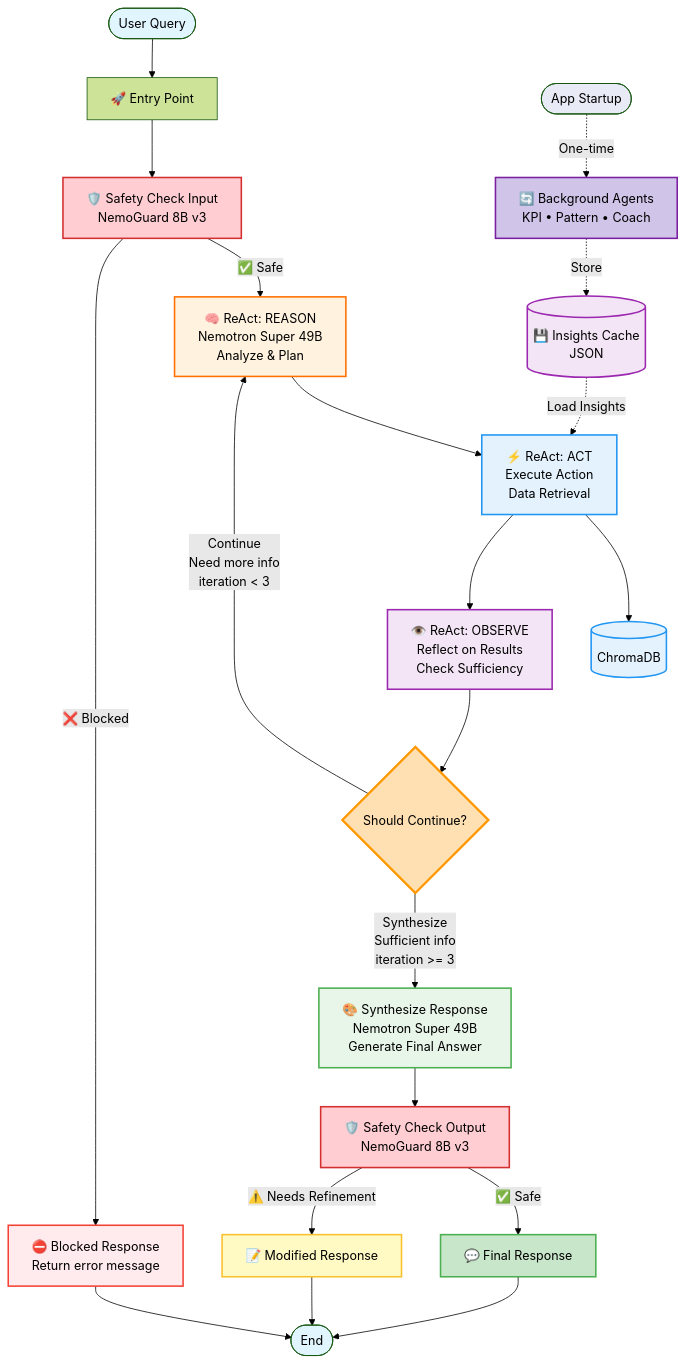
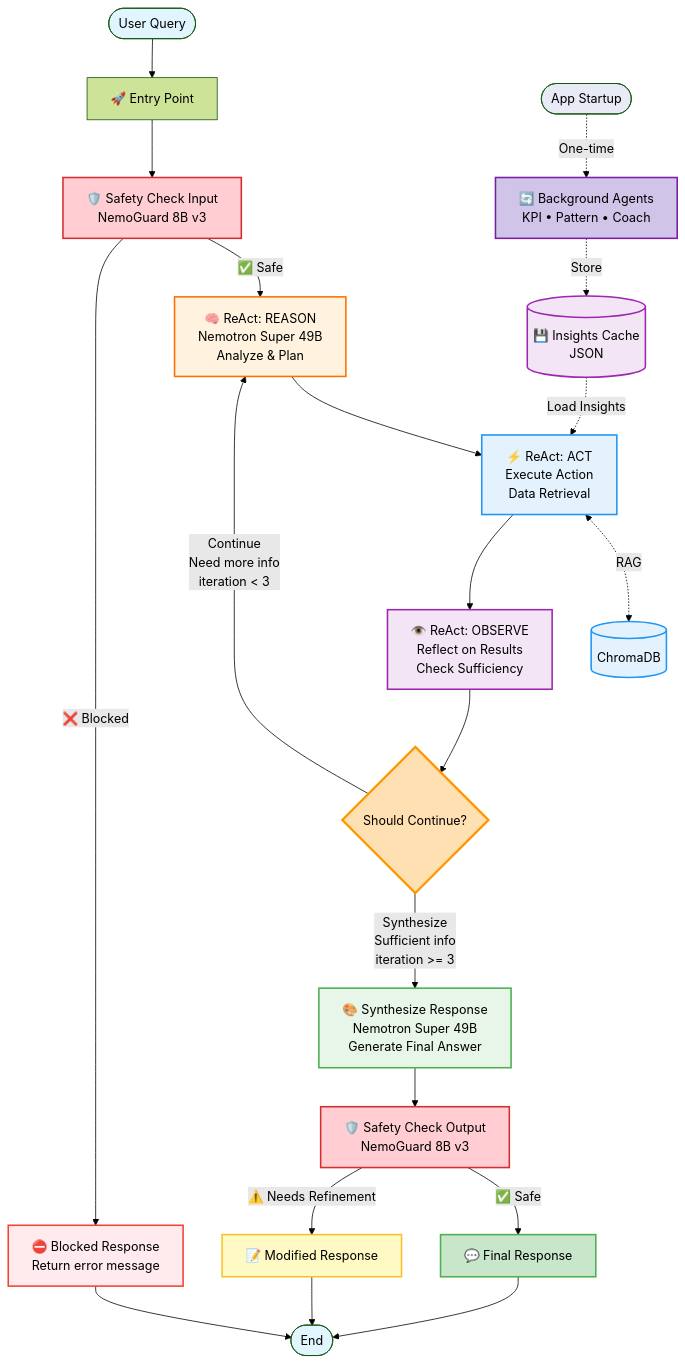
One commit to sumedhkhodke/hackathon-nvidia-gtc-25 changed the diagram in docs/langgraph-agent-diagram.md. Above: the diagram before and after it, drawn with Mermaid (forest theme).

````diff
--- a/docs/langgraph-agent-diagram.md
+++ b/docs/langgraph-agent-diagram.md
@@ -8,54 +8,54 @@
 ```mermaid
 graph TD
     Start([User Query]) --> Entry[🚀 Entry Point]
     Entry --> SafetyIn[🛡️ Safety Check Input<br/>NemoGuard 8B v3]
     
     %% Background Agents (run at startup)
     AppStart([App Startup]) -.->|One-time| BgAgents[🔄 Background Agents<br/>KPI • Pattern • Coach]
     BgAgents -.->|Store| Cache[(💾 Insights Cache<br/>JSON)]
     
     %% Safety check branches
     SafetyIn -->|✅ Safe| ReActReason
     SafetyIn -->|❌ Blocked| BlockedResponse[⛔ Blocked Response<br/>Return error message]
     BlockedResponse --> End([End])
     
     %% ReAct Loop
     ReActReason[🧠 ReAct: REASON<br/>Nemotron Super 49B<br/>Analyze & Plan] --> ReActAct[⚡ ReAct: ACT<br/>Execute Action<br/>Data Retrieval]
     
     %% ACT node now retrieves both data and cached insights
-    ReActAct --> VectorDB[(ChromaDB)]
+    ReActAct <-.->|RAG| VectorDB[(ChromaDB)]
     Cache -.->|Load Insights| ReActAct
     
     ReActAct --> ReActObserve[👁️ ReAct: OBSERVE<br/>Reflect on Results<br/>Check Sufficiency]
     
     %% Conditional routing
     ReActObserve --> Decision{Should Continue?}
     Decision -->|Continue<br/>Need more info<br/>iteration < 3| ReActReason
     Decision -->|Synthesize<br/>Sufficient info<br/>iteration >= 3| Synthesize[🎨 Synthesize Response<br/>Nemotron Super 49B<br/>Generate Final Answer]
     
     %% Output safety check
     Synthesize --> SafetyOut[🛡️ Safety Check Output<br/>NemoGuard 8B v3]
     SafetyOut -->|✅ Safe| FinalResponse[💬 Final Response]
     SafetyOut -->|⚠️ Needs Refinement| ModifiedResponse[📝 Modified Response]
     
     FinalResponse --> End
     ModifiedResponse --> End
     
     %% Styling
     style Start fill:#e1f5ff
     style End fill:#e1f5ff
     style AppStart fill:#e8eaf6
     style BgAgents fill:#d1c4e9,stroke:#7b1fa2,stroke-width:2px
     style Cache fill:#f3e5f5,stroke:#9c27b0,stroke-width:2px
     style VectorDB fill:#e3f2fd,stroke:#2196f3,stroke-width:2px
     style SafetyIn fill:#ffcdd2,stroke:#d32f2f,stroke-width:2px
     style SafetyOut fill:#ffcdd2,stroke:#d32f2f,stroke-width:2px
     style ReActReason fill:#fff3e0,stroke:#ff6f00,stroke-width:2px
     style ReActAct fill:#e3f2fd,stroke:#2196f3,stroke-width:2px
     style ReActObserve fill:#f3e5f5,stroke:#9c27b0,stroke-width:2px
     style Decision fill:#ffe0b2,stroke:#ff9800,stroke-width:3px
     style Synthesize fill:#e8f5e9,stroke:#4caf50,stroke-width:2px
     style BlockedResponse fill:#ffebee,stroke:#f44336,stroke-width:2px
     style FinalResponse fill:#c8e6c9,stroke:#4caf50,stroke-width:2px
     style ModifiedResponse fill:#fff9c4,stroke:#fbc02d,stroke-width:2px
 ```
````
